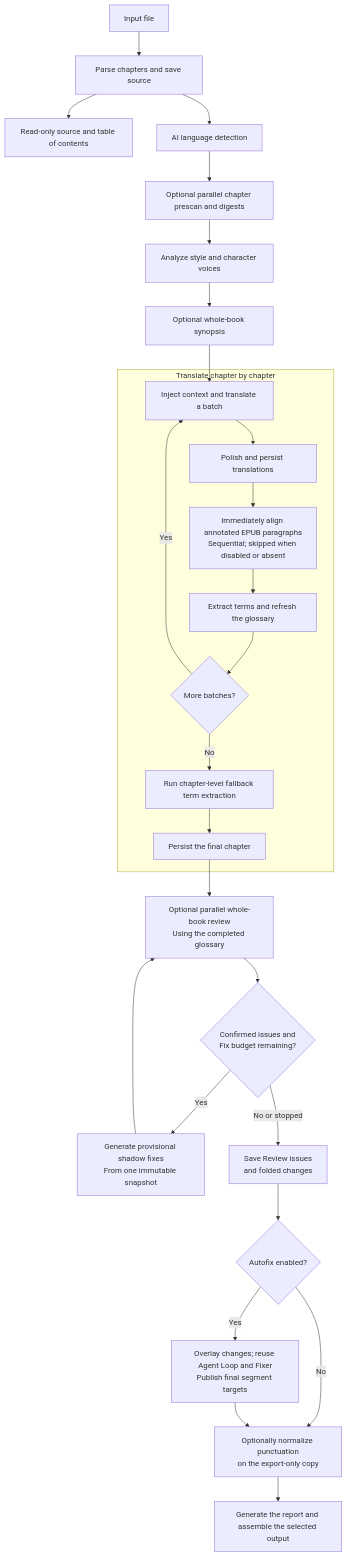
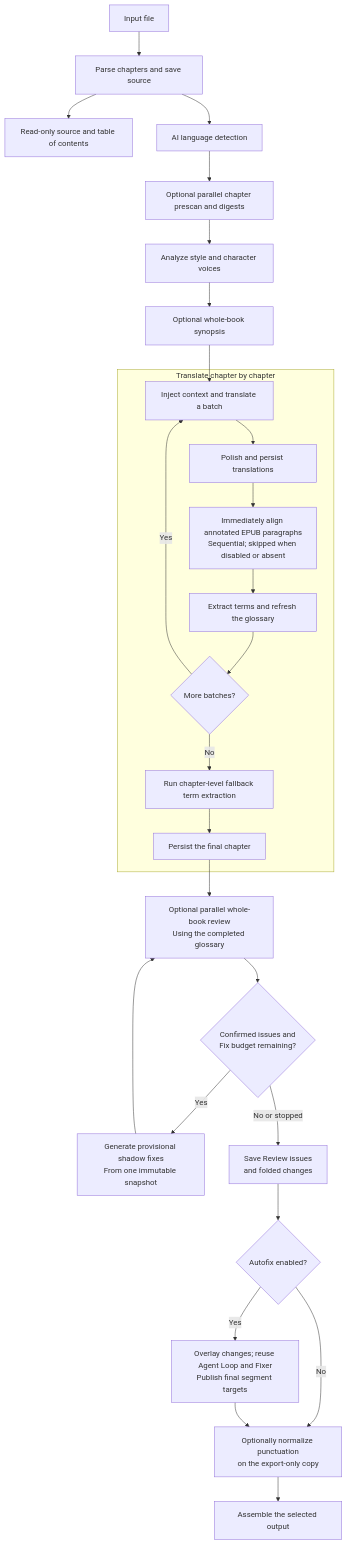
Before and after one commit to BigDawnGhost/wenyi: the first of 2 diagrams in docs/pipeline.md, drawn with Mermaid. The commit also changed other lines of this file and 115 other files, not shown here.

````diff
--- a/docs/pipeline.md
+++ b/docs/pipeline.md
@@ -9,32 +9,32 @@
 ```mermaid
 flowchart TD
     A[Input file] --> B["Parse chapters and save source"]
     B --> BV["Read-only source and table of contents"]
     B --> BL["AI language detection"]
     BL --> C["Optional parallel chapter prescan and digests"]
     C --> D["Analyze style and character voices"]
     D --> DS[Optional whole-book synopsis]
     DS --> E
 
     subgraph T[Translate chapter by chapter]
         E[Inject context and translate a batch]
         E --> F[Polish and persist translations]
         F --> FA[Immediately align annotated EPUB paragraphs<br/>Sequential; skipped when disabled or absent]
         FA --> G[Extract terms and refresh the glossary]
         G --> H{More batches?}
         H -- Yes --> E
         H -- No --> IB[Run chapter-level fallback term extraction]
         IB --> J[Persist the final chapter]
     end
 
     J --> K[Optional parallel whole-book review<br/>Using the completed glossary]
     K --> N{Confirmed issues and<br/>Fix budget remaining?}
     N -- Yes --> O[Generate provisional shadow fixes<br/>From one immutable snapshot]
     O --> K
     N -- No or stopped --> P[Save Review issues<br/>and folded changes]
     P --> Q{Autofix enabled?}
     Q -- Yes --> R[Overlay changes; reuse Agent Loop and Fixer<br/>Publish final segment targets]
     Q -- No --> X[Optionally normalize punctuation<br/>on the export-only copy]
     R --> X
-    X --> M[Generate the report and assemble the selected output]
+    X --> M[Assemble the selected output]
 ```
````
